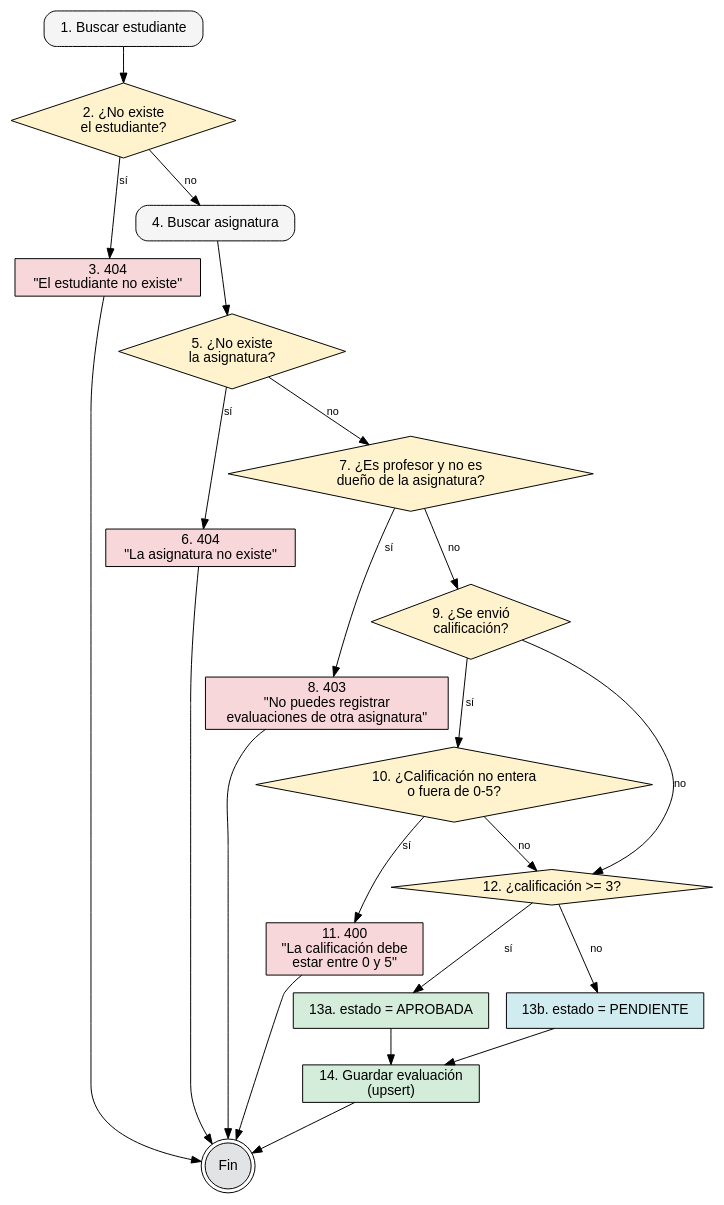
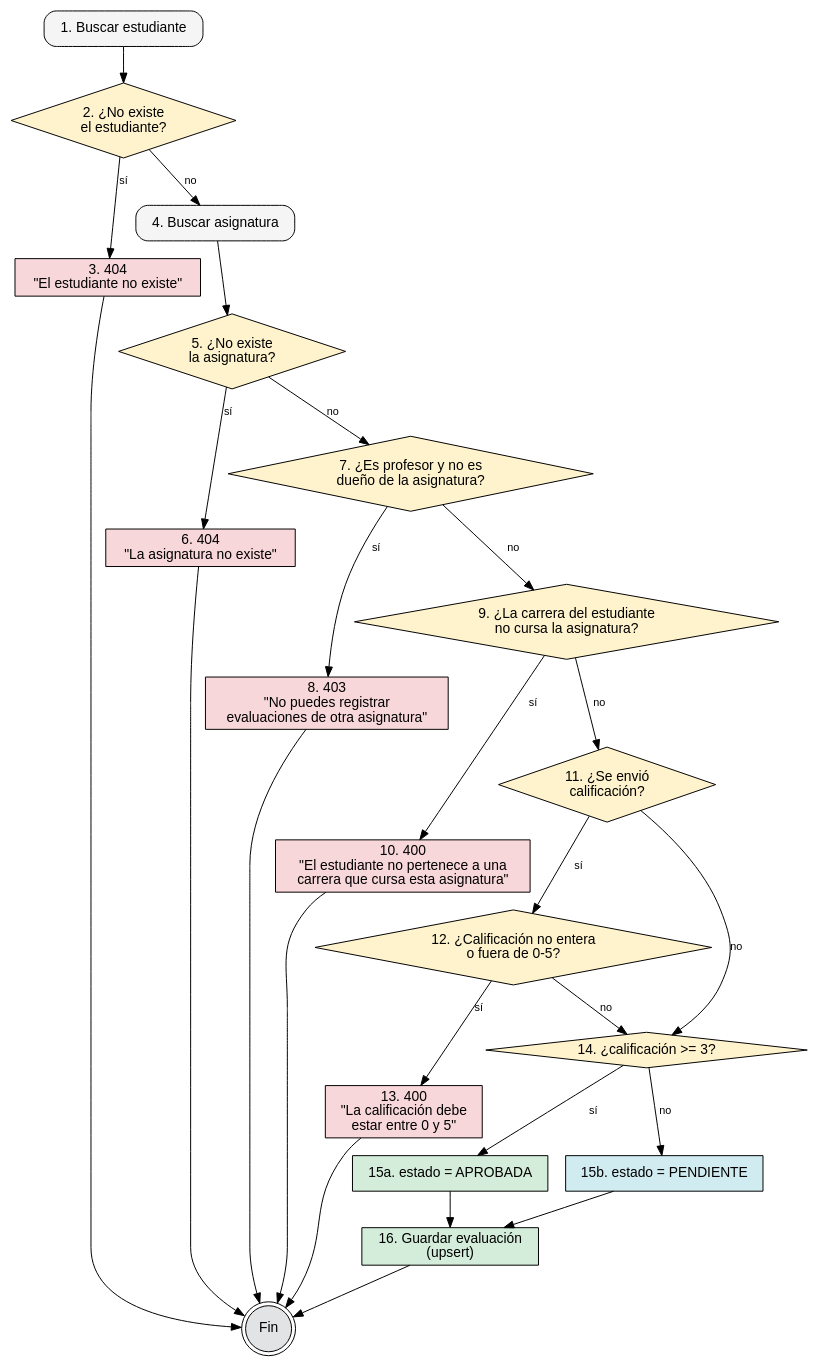
The diagram in docs/diagramas/registrar-evaluacion.dot (Angelggp/rendimiento-academico-ucf), drawn with Graphviz before and after one commit. The commit also changed 10 other files, not shown here.

First line of the commit message:
docs: agrega prueba de aceptación y actualiza documentación por la relación carrera-asignatura

```diff
--- a/docs/diagramas/registrar-evaluacion.dot
+++ b/docs/diagramas/registrar-evaluacion.dot
@@ -1,45 +1,50 @@
 digraph FlujoRegistrar {
   rankdir=TB;
   fontname="Helvetica";
   node [shape=box, style="rounded,filled", fillcolor="#f5f5f5", fontname="Helvetica"];
   edge [fontname="Helvetica", fontsize=11];
 
   N1   [label="1. Buscar estudiante"];
   N2   [shape=diamond, style=filled, fillcolor="#fff3cd", label="2. ¿No existe\nel estudiante?"];
   N3   [style=filled, fillcolor="#f8d7da", label="3. 404\n\"El estudiante no existe\""];
   N4   [label="4. Buscar asignatura"];
   N5   [shape=diamond, style=filled, fillcolor="#fff3cd", label="5. ¿No existe\nla asignatura?"];
   N6   [style=filled, fillcolor="#f8d7da", label="6. 404\n\"La asignatura no existe\""];
   N7   [shape=diamond, style=filled, fillcolor="#fff3cd", label="7. ¿Es profesor y no es\ndueño de la asignatura?"];
   N8   [style=filled, fillcolor="#f8d7da", label="8. 403\n\"No puedes registrar\nevaluaciones de otra asignatura\""];
-  N9   [shape=diamond, style=filled, fillcolor="#fff3cd", label="9. ¿Se envió\ncalificación?"];
-  N10  [shape=diamond, style=filled, fillcolor="#fff3cd", label="10. ¿Calificación no entera\no fuera de 0-5?"];
-  N11  [style=filled, fillcolor="#f8d7da", label="11. 400\n\"La calificación debe\nestar entre 0 y 5\""];
-  N12  [shape=diamond, style=filled, fillcolor="#fff3cd", label="12. ¿calificación >= 3?"];
-  N13a [style=filled, fillcolor="#d4edda", label="13a. estado = APROBADA"];
-  N13b [style=filled, fillcolor="#d1ecf1", label="13b. estado = PENDIENTE"];
-  N14  [style=filled, fillcolor="#d4edda", label="14. Guardar evaluación\n(upsert)"];
+  N9   [shape=diamond, style=filled, fillcolor="#fff3cd", label="9. ¿La carrera del estudiante\nno cursa la asignatura?"];
+  N10  [style=filled, fillcolor="#f8d7da", label="10. 400\n\"El estudiante no pertenece a una\ncarrera que cursa esta asignatura\""];
+  N11  [shape=diamond, style=filled, fillcolor="#fff3cd", label="11. ¿Se envió\ncalificación?"];
+  N12  [shape=diamond, style=filled, fillcolor="#fff3cd", label="12. ¿Calificación no entera\no fuera de 0-5?"];
+  N13  [style=filled, fillcolor="#f8d7da", label="13. 400\n\"La calificación debe\nestar entre 0 y 5\""];
+  N14  [shape=diamond, style=filled, fillcolor="#fff3cd", label="14. ¿calificación >= 3?"];
+  N15a [style=filled, fillcolor="#d4edda", label="15a. estado = APROBADA"];
+  N15b [style=filled, fillcolor="#d1ecf1", label="15b. estado = PENDIENTE"];
+  N16  [style=filled, fillcolor="#d4edda", label="16. Guardar evaluación\n(upsert)"];
   Fin  [shape=doublecircle, style=filled, fillcolor="#e2e3e5", label="Fin"];
 
   N1 -> N2;
   N2 -> N3  [label="sí"];
   N2 -> N4  [label="no"];
   N4 -> N5;
   N5 -> N6  [label="sí"];
   N5 -> N7  [label="no"];
   N7 -> N8  [label="sí"];
   N7 -> N9  [label="no"];
   N9 -> N10 [label="sí"];
-  N9 -> N12 [label="no"];
-  N10 -> N11 [label="sí"];
-  N10 -> N12 [label="no"];
-  N12 -> N13a [label="sí"];
-  N12 -> N13b [label="no"];
-  N13a -> N14;
-  N13b -> N14;
-  N14 -> Fin;
+  N9 -> N11 [label="no"];
+  N11 -> N12 [label="sí"];
+  N11 -> N14 [label="no"];
+  N12 -> N13 [label="sí"];
+  N12 -> N14 [label="no"];
+  N14 -> N15a [label="sí"];
+  N14 -> N15b [label="no"];
+  N15a -> N16;
+  N15b -> N16;
+  N16 -> Fin;
   N3 -> Fin;
   N6 -> Fin;
   N8 -> Fin;
-  N11 -> Fin;
+  N10 -> Fin;
+  N13 -> Fin;
 }
```
